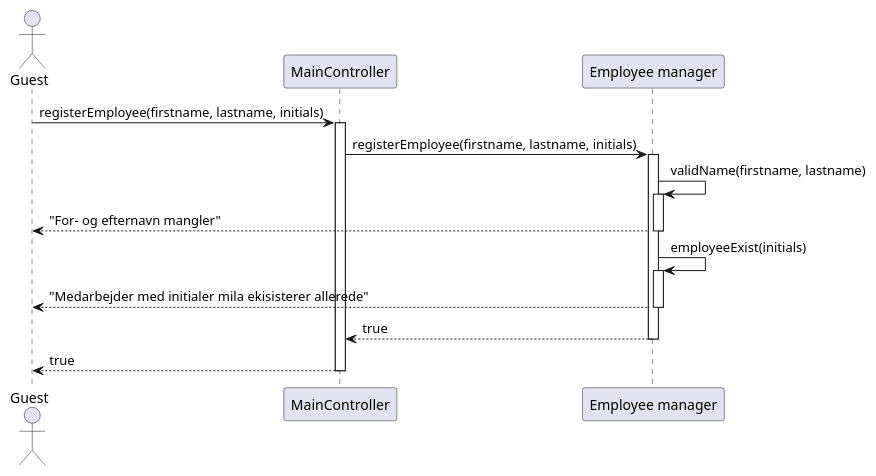
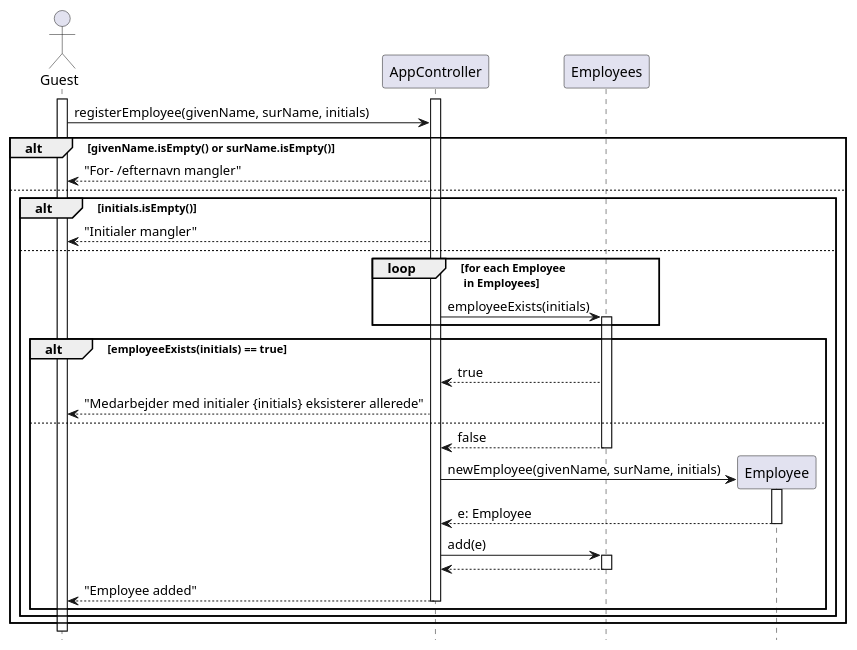
The diagram in RequirementsAndDesign/SequenceDiagrams/Deprecated/seq_register_employee.puml (rwiuff/02161ExamProject), drawn with PlantUML before and after one commit. The commit also changed 26 other files, not shown here.

Commit message:
wip: Sequence diagrams

```diff
--- a/RequirementsAndDesign/SequenceDiagrams/Deprecated/seq_register_employee.puml
+++ b/RequirementsAndDesign/SequenceDiagrams/Deprecated/seq_register_employee.puml
@@ -1,26 +1,45 @@
-@startuml
+@startuml seq_registerEmployee
+hide footbox
 actor "Guest" as guest
-participant "MainController" as app
-participant "Employee manager" as em
+participant "AppController" as app
+participant "Employees" as em
+participant "Employee" as inst
 
-guest -> app : registerEmployee(firstname, lastname, initials)
+activate guest
 activate app
+guest -> app: registerEmployee(givenName, surName, initials)
 
+alt givenName.isEmpty() or surName.isEmpty()
 
-app -> em : registerEmployee(firstname, lastname, initials)
+app --> guest: "For- /efternavn mangler"
+
+else 
+alt initials.isEmpty()
+app --> guest: "Initialer mangler"
+
+else
+
+loop for each Employee \n in Employees
+app -> em: employeeExists(initials)
 activate em
-
-em -> em : validName(firstname, lastname)
-activate em 
-em --> guest : "For- og efternavn mangler"
-deactivate em 
-
-em -> em : employeeExist(initials)
-activate em 
-em --> guest : "Medarbejder med initialer mila ekisisterer allerede"
-deactivate em 
-
-return true
-return true
-
+end
+alt employeeExists(initials) == true
+em --> app: true
+app --> guest: "Medarbejder med initialer {initials} eksisterer allerede"
+else
+em --> app: false
+deactivate em
+app -> inst **: newEmployee(givenName, surName, initials)
+activate inst
+inst --> app: e: Employee
+deactivate inst
+app -> em: add(e)
+activate em
+em --> app
+deactivate em
+app --> guest: "Employee added"
+deactivate app
+end
+end
+end
 @enduml
```
